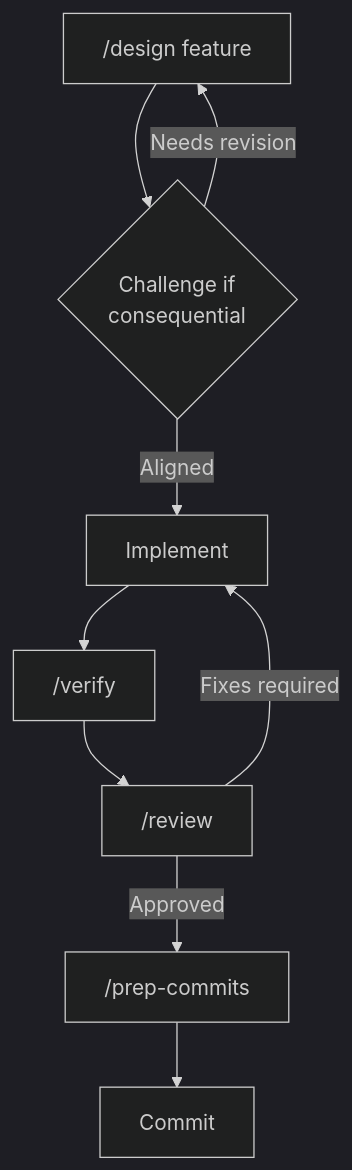
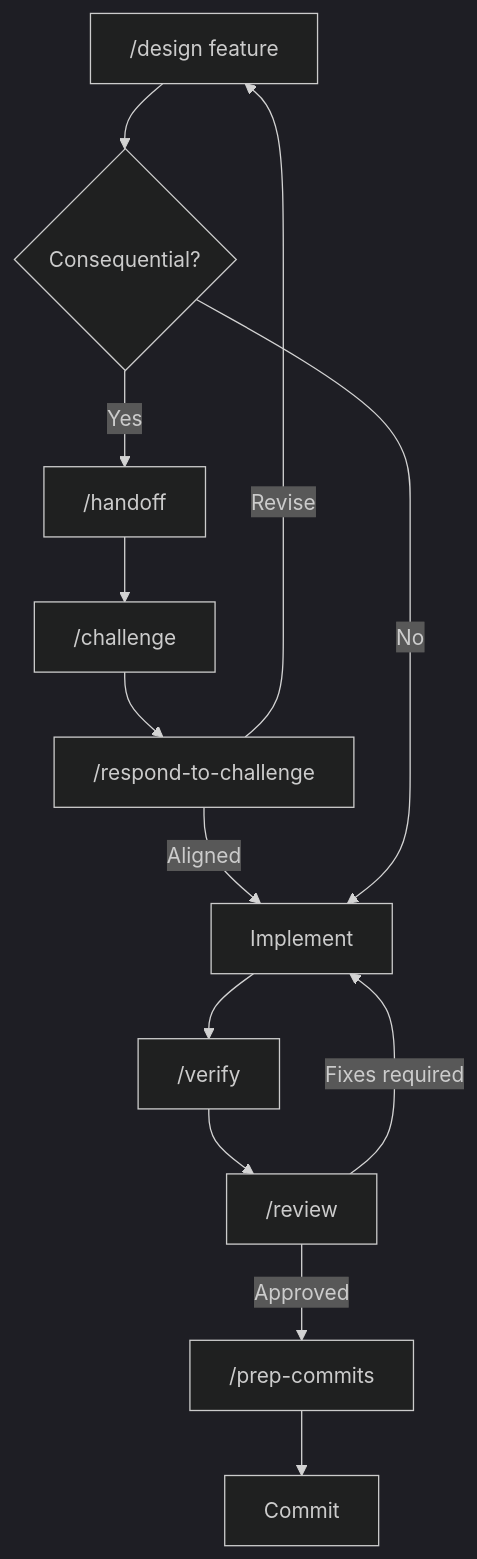
The diagram in docs/ai-development-workflow.md (ziyuonmain/zugzwang), drawn with Mermaid (dark theme) before and after one commit. The commit also changed other lines of this file and 2 other files, not shown here.

````diff
--- a/docs/ai-development-workflow.md
+++ b/docs/ai-development-workflow.md
@@ -353,11 +383,15 @@
 ```mermaid
 flowchart TD
-    design["/design feature"] --> challenge{"Challenge if<br/>consequential"}
-    challenge -- Needs revision --> design
-    challenge -- Aligned --> implement["Implement"]
+    design["/design feature"] --> handoff{"Consequential?"}
+    handoff -- Yes --> persist["/handoff"]
+    persist --> challenge["/challenge"]
+    challenge --> respond["/respond-to-challenge"]
+    respond -- Revise --> design
+    respond -- Aligned --> implement["Implement"]
+    handoff -- No --> implement
     implement --> verify["/verify"]
     verify --> review["/review"]
     review -- Fixes required --> implement
     review -- Approved --> prep["/prep-commits"]
     prep --> commit["Commit"]
 ```
````
